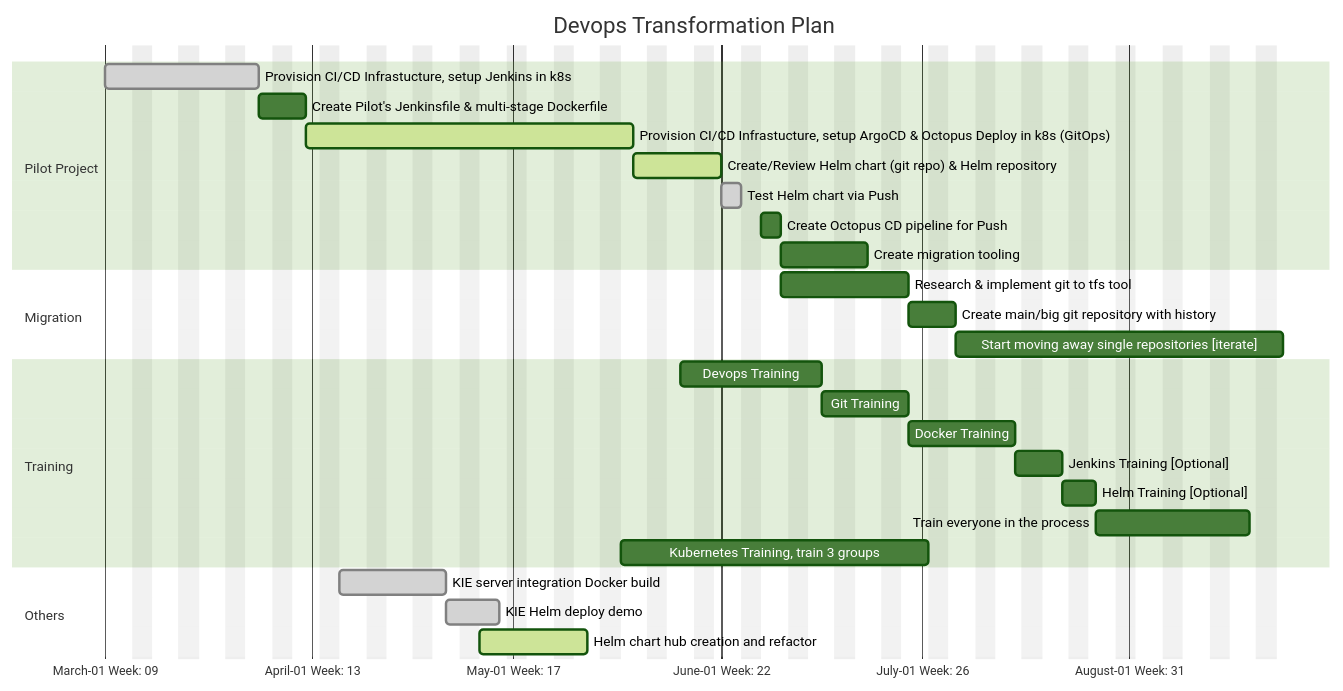
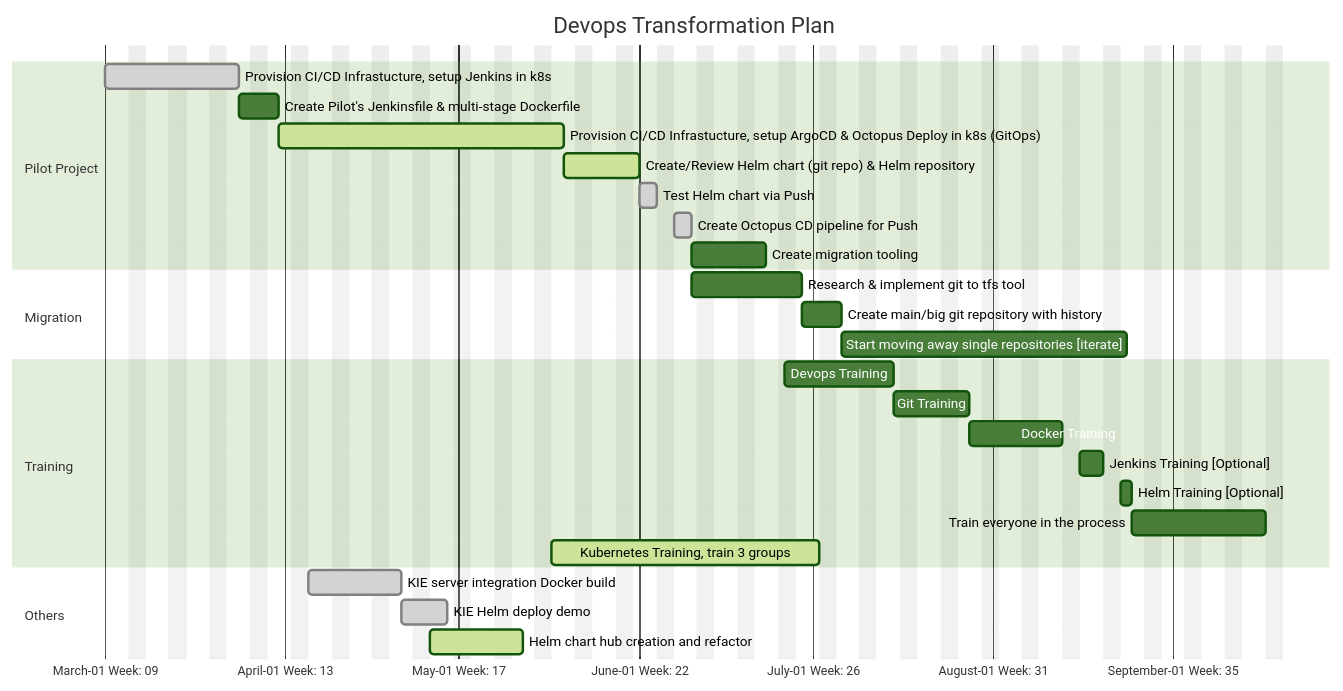
One commit to jmarcos-cano/devops-progress changed the diagram in docs/index.md. Above: the diagram before and after it, drawn with Mermaid (forest theme).

Commit message:
auto deploy

````diff
--- a/docs/index.md
+++ b/docs/index.md
@@ -11,40 +11,40 @@
 ```mermaid
 gantt
     dateFormat  YYYY-MM-DD
     excludes    Friday, Saturday, Sunday
     axisformat %B-%d Week: %U
-    todayMarker off
+    todayMarker on
     title Devops Transformation Plan
 
 
     section Pilot Project
-    Provision CI/CD Infrastucture, setup Jenkins in k8s : done, 2021-03-01, 2w
-    Create Pilot's Jenkinsfile & multi-stage Dockerfile :  4d
-    Provision CI/CD Infrastucture, setup ArgoCD & Octopus Deploy in k8s (GitOps) : active, 4w
-    Create/Review Helm chart (git repo) & Helm repository: active, 1w
-    Test Helm chart via Push: done, 3d
-    Create Octopus CD pipeline for Push : 3d
-    Create migration tooling : 1w
+    Provision CI/CD Infrastucture, setup Jenkins in k8s :                               done, 2021-03-01, 2w
+    Create Pilot's Jenkinsfile & multi-stage Dockerfile :                               4d
+    Provision CI/CD Infrastucture, setup ArgoCD & Octopus Deploy in k8s (GitOps) :      active, 4w
+    Create/Review Helm chart (git repo) & Helm repository:                              active, 1w
+    Test Helm chart via Push:                                                           done, 3d
+    Create Octopus CD pipeline for Push :                                               done, 3d
+    Create migration tooling :                                                          1w
 
     section Migration
     Research & implement git to tfs tool            :   m1, 2021-06-10, 10d
     Create main/big git repository with history     :   m2, after m1  , 4d
     Start moving away single repositories [iterate] :   after m1 m2, 4w
 
 
     section Training
-    Devops Training       :                             2021-05-26  , 12d
+    Devops Training       :                             2021-06-26  , 12d
     Git Training      :                                 1w
     Docker Training :                                   10d
     Jenkins Training [Optional]:                        4d
     Helm Training [Optional]:                           2d
     Train everyone in the process:                      2w
-    Kubernetes Training, train 3 groups:                2021-05-17, 4w
+    Kubernetes Training, train 3 groups:                active, 2021-05-17, 4w
 
 
     section Others
     KIE server integration Docker build : done, 2021-04-05, 10d
     KIE Helm deploy demo  : done,  5d
     Helm chart hub creation and refactor : active, 2021-04-26, 10d
 
 ```
````
